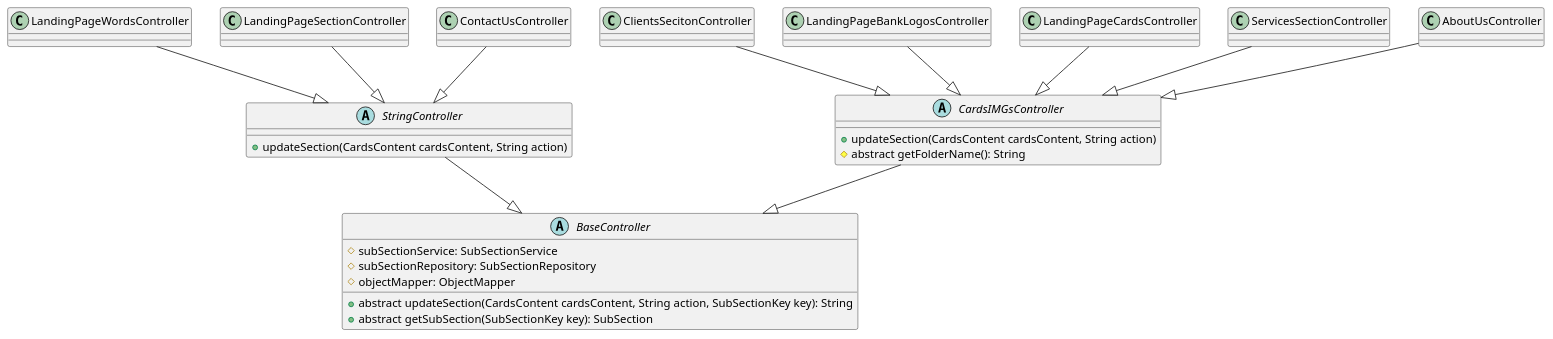
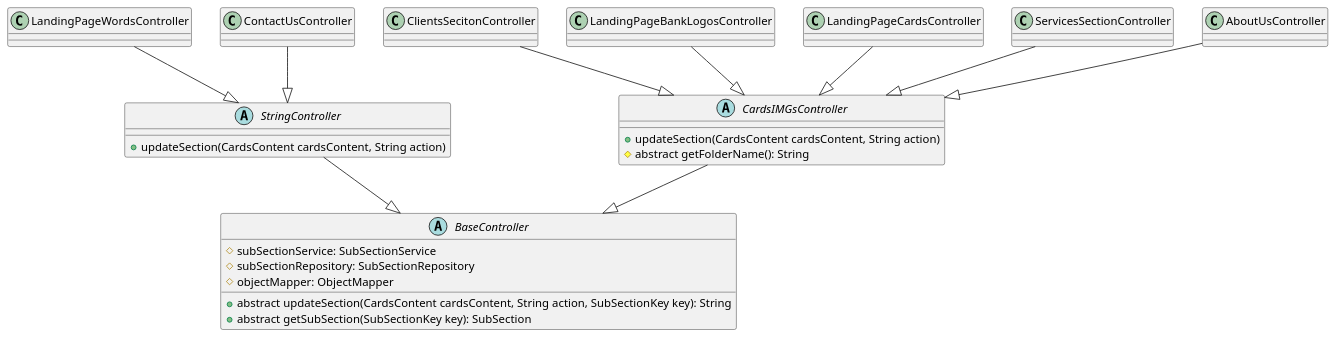
One commit to aamer867/el.waleed-api changed the diagram in docs/uml/Controller.puml. Above: the diagram before and after it, drawn with PlantUML. The commit also changed 11 other files, not shown here.

```diff
--- a/docs/uml/Controller.puml
+++ b/docs/uml/Controller.puml
@@ -1,34 +1,33 @@
 @startuml
 
 abstract class BaseController {
     #subSectionService: SubSectionService
     #subSectionRepository: SubSectionRepository
     #objectMapper: ObjectMapper
 
     + abstract updateSection(CardsContent cardsContent, String action, SubSectionKey key): String
     + abstract getSubSection(SubSectionKey key): SubSection
 }
 
 abstract class StringController {
     + updateSection(CardsContent cardsContent, String action)
 }
 
 abstract class CardsIMGsController {
     + updateSection(CardsContent cardsContent, String action)
     # abstract getFolderName(): String
 }
 
 StringController --|> BaseController
 CardsIMGsController --|> BaseController
 
 LandingPageWordsController --|> StringController
-LandingPageSectionController --|> StringController
 ContactUsController --|> StringController
 
 ClientsSecitonController --|> CardsIMGsController
 LandingPageBankLogosController --|> CardsIMGsController
 LandingPageCardsController --|> CardsIMGsController
 ServicesSectionController --|> CardsIMGsController
 AboutUsController --|> CardsIMGsController
 
 @enduml
```
